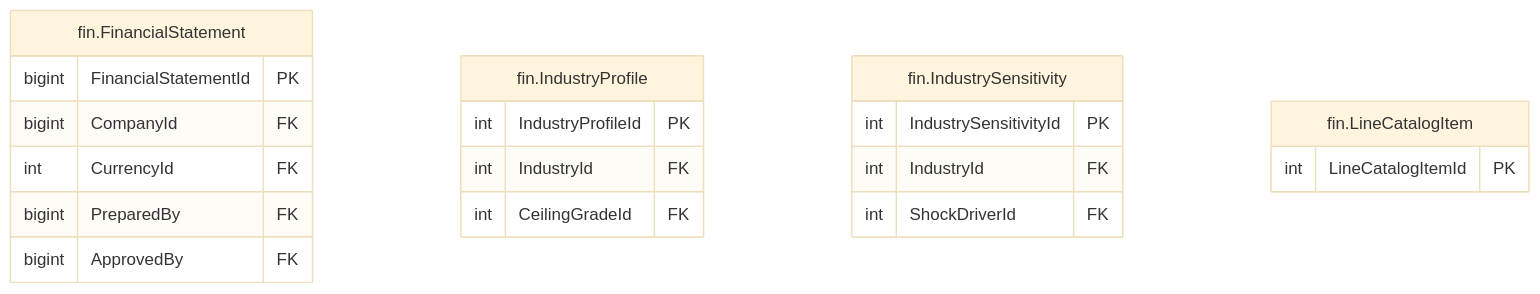
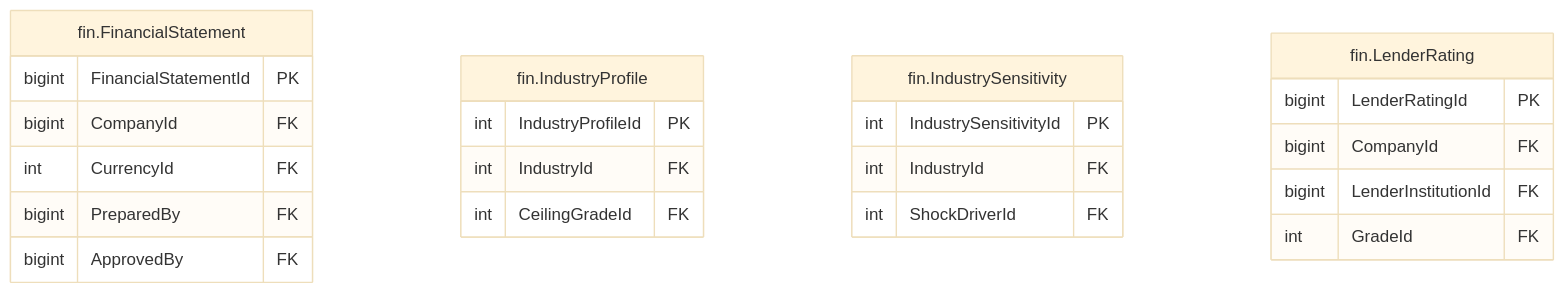
Before and after one commit to thawrasy/smartlines: the diagram in treasury-platform/docs/diagrams/erd/m5_financials_7.mmd, drawn with Mermaid (base theme). The commit also changed 142 other files, not shown here.

First line of the commit message:
Ratings a lender communicates, compared with the company's assessment (phase F, ADR 0026)

```diff
--- a/treasury-platform/docs/diagrams/erd/m5_financials_7.mmd
+++ b/treasury-platform/docs/diagrams/erd/m5_financials_7.mmd
@@ -1,22 +1,25 @@
-%% م5 · البيانات المالية والأرصدة (7/13) — Financial statements & balances
+%% م5 · البيانات المالية والأرصدة (7/14) — Financial statements & balances
 erDiagram
   fin_FinancialStatement["fin.FinancialStatement"] {
     bigint FinancialStatementId PK
     bigint CompanyId FK
     int CurrencyId FK
     bigint PreparedBy FK
     bigint ApprovedBy FK
   }
   fin_IndustryProfile["fin.IndustryProfile"] {
     int IndustryProfileId PK
     int IndustryId FK
     int CeilingGradeId FK
   }
   fin_IndustrySensitivity["fin.IndustrySensitivity"] {
     int IndustrySensitivityId PK
     int IndustryId FK
     int ShockDriverId FK
   }
-  fin_LineCatalogItem["fin.LineCatalogItem"] {
-    int LineCatalogItemId PK
+  fin_LenderRating["fin.LenderRating"] {
+    bigint LenderRatingId PK
+    bigint CompanyId FK
+    bigint LenderInstitutionId FK
+    int GradeId FK
   }
```
